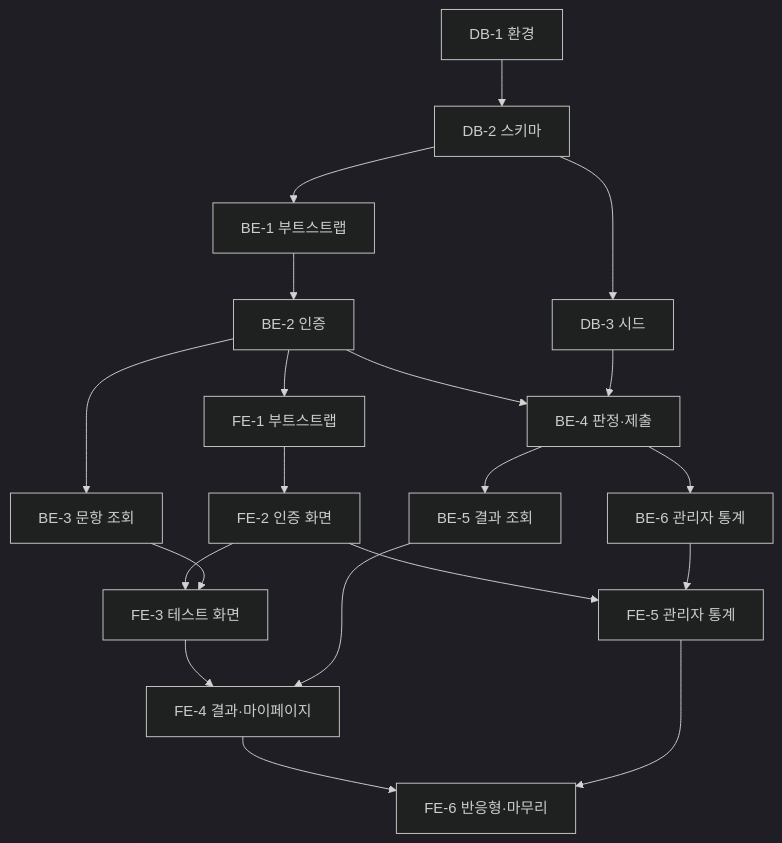
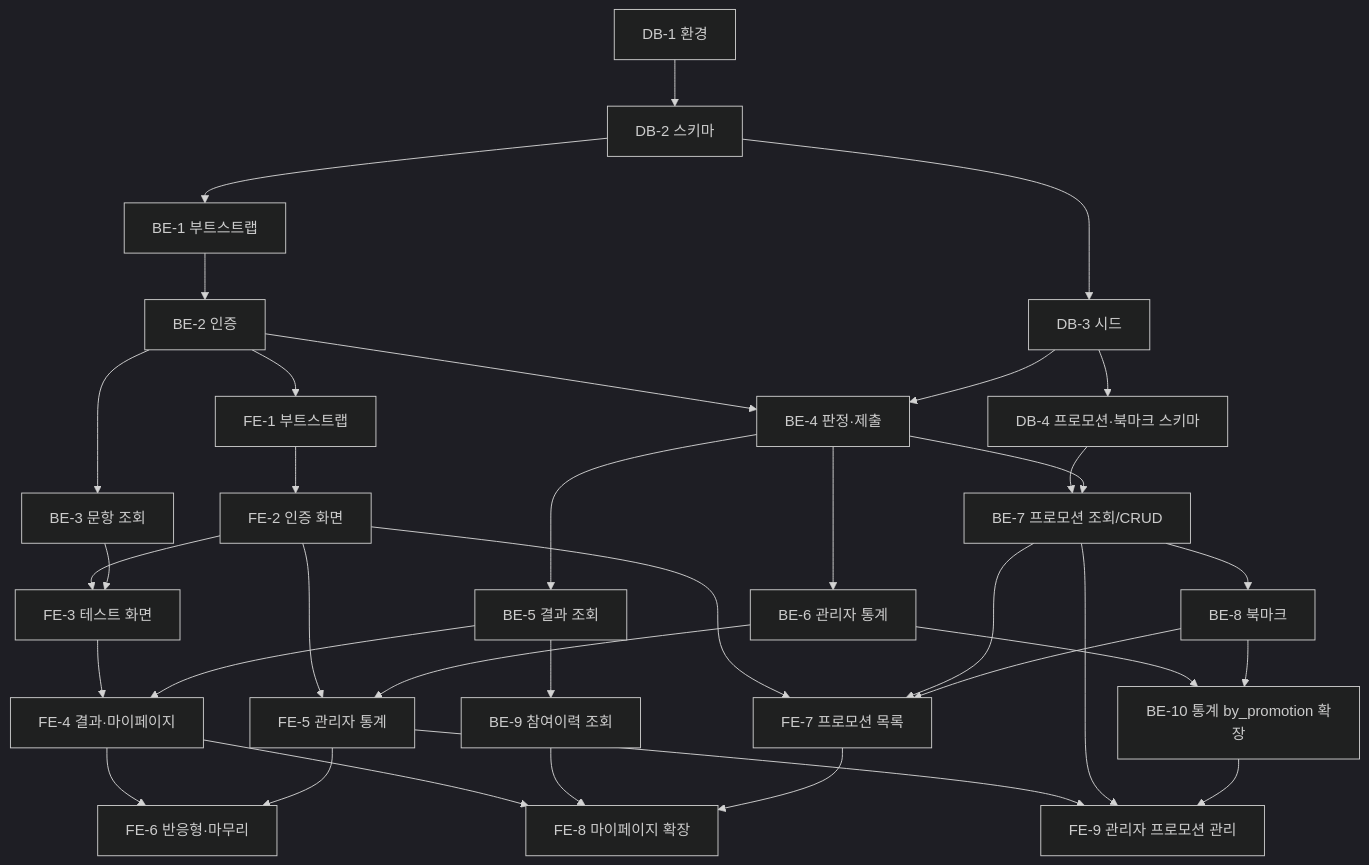
Before and after one commit to zieun0127/b2b-promo: the diagram in docs/9-plan.md, drawn with Mermaid (dark theme). The commit also changed other lines of this file and 15 other files, not shown here.

````diff
--- a/docs/9-plan.md
+++ b/docs/9-plan.md
@@ -9,22 +12,39 @@
 ```mermaid
 flowchart TB
     D1[DB-1 환경] --> D2[DB-2 스키마]
     D2 --> D3[DB-3 시드]
     D2 --> B1[BE-1 부트스트랩]
     B1 --> B2[BE-2 인증]
     B2 --> B3[BE-3 문항 조회]
     B2 --> B4[BE-4 판정·제출]
     D3 --> B4
     B4 --> B5[BE-5 결과 조회]
     B4 --> B6[BE-6 관리자 통계]
     B2 --> F1[FE-1 부트스트랩]
     F1 --> F2[FE-2 인증 화면]
     F2 --> F3[FE-3 테스트 화면]
     B3 --> F3
     F3 --> F4[FE-4 결과·마이페이지]
     B5 --> F4
     F2 --> F5[FE-5 관리자 통계]
     B6 --> F5
     F4 --> F6[FE-6 반응형·마무리]
     F5 --> F6
+
+    D3 --> D4[DB-4 프로모션·북마크 스키마]
+    D4 --> B7[BE-7 프로모션 조회/CRUD]
+    B4 --> B7
+    B7 --> B8[BE-8 북마크]
+    B5 --> B9[BE-9 참여이력 조회]
+    B6 --> B10[BE-10 통계 by_promotion 확장]
+    B8 --> B10
+    F2 --> F7[FE-7 프로모션 목록]
+    B7 --> F7
+    B8 --> F7
+    F4 --> F8[FE-8 마이페이지 확장]
+    B9 --> F8
+    F7 --> F8
+    F5 --> F9[FE-9 관리자 프로모션 관리]
+    B7 --> F9
+    B10 --> F9
 ```
````
